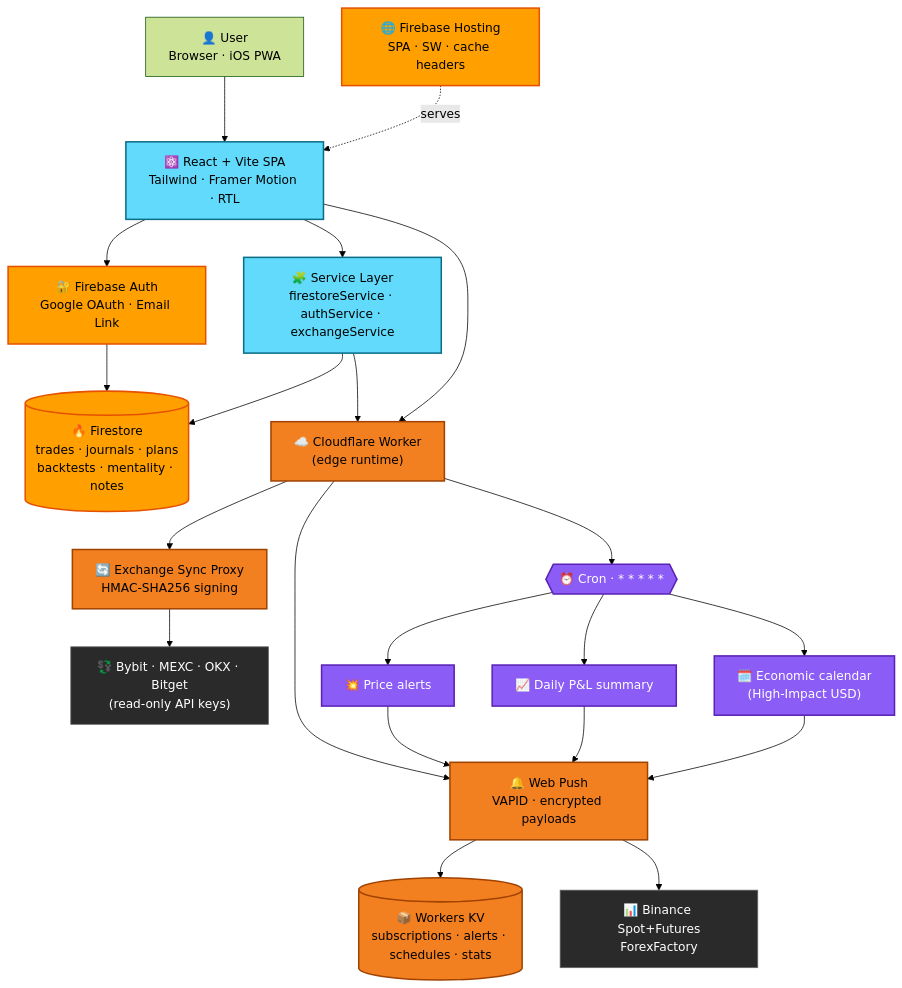
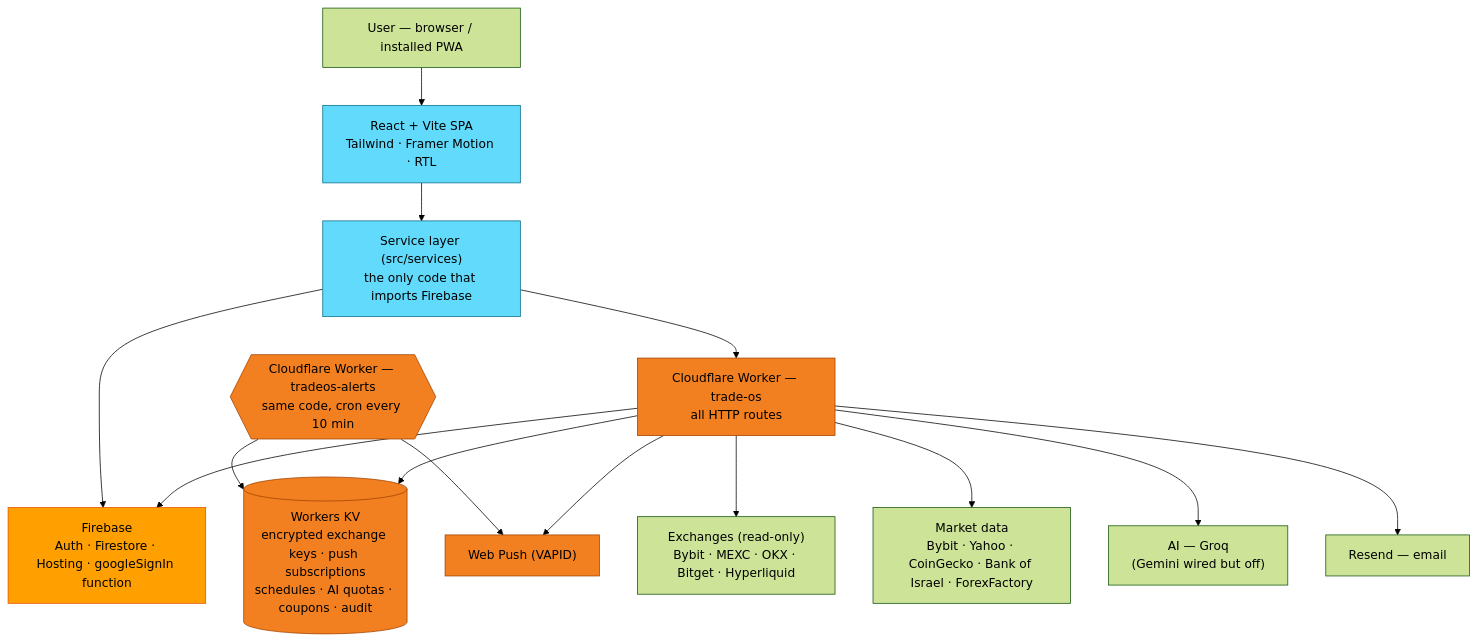
One commit to aviniazov7/TradeOS changed the diagram in README.md. Above: the diagram before and after it, drawn with Mermaid (forest theme). The commit also changed other lines of this file and 2 other files, not shown here.

````diff
--- a/README.md
+++ b/README.md
@@ -153,43 +93,26 @@
 ```mermaid
 flowchart TD
-    user["👤 User<br/>Browser · iOS PWA"] --> app
+    user["User — browser / installed PWA"] --> spa["React + Vite SPA<br/>Tailwind · Framer Motion · RTL"]
 
-    %% Web app
-    app["⚛️ React + Vite SPA<br/>Tailwind · Framer Motion · RTL"] --> auth & svc & worker
+    spa --> svc["Service layer (src/services)<br/>the only code that imports Firebase"]
+    svc --> fb["Firebase<br/>Auth · Firestore · Hosting · googleSignIn function"]
+    svc --> w["Cloudflare Worker — trade-os<br/>all HTTP routes"]
 
-    %% Firebase
-    auth["🔐 Firebase Auth<br/>Google OAuth · Email Link"] --> store
-    svc["🧩 Service Layer<br/>firestoreService · authService · exchangeService"] --> store & worker
-    store[("🔥 Firestore<br/>trades · journals · plans<br/>backtests · mentality · notes")]
-    hosting["🌐 Firebase Hosting<br/>SPA · SW · cache headers"] -.serves.-> app
+    cron{{"Cloudflare Worker — tradeos-alerts<br/>same code, cron every 10 min"}} --> kv
+    w --> kv[("Workers KV<br/>encrypted exchange keys · push subscriptions<br/>schedules · AI quotas · coupons · audit")]
+    w --> fb
+    cron --> push
+    w --> push["Web Push (VAPID)"]
 
-    %% Worker
-    worker["☁️ Cloudflare Worker<br/>(edge runtime)"] --> sync & push & cron
+    w --> ex["Exchanges (read-only)<br/>Bybit · MEXC · OKX · Bitget · Hyperliquid"]
+    w --> data["Market data<br/>Bybit · Yahoo · CoinGecko · Bank of Israel · ForexFactory"]
+    w --> ai["AI — Groq<br/>(Gemini wired but off)"]
+    w --> mail["Resend — email"]
 
-    %% Exchange pipeline
-    sync["🔄 Exchange Sync Proxy<br/>HMAC-SHA256 signing"] --> exchanges
-    exchanges["💱 Bybit · MEXC · OKX · Bitget<br/>(read-only API keys)"]
-
-    %% Web Push pipeline
-    push["🔔 Web Push<br/>VAPID · encrypted payloads"] --> kv & market
-    kv[("📦 Workers KV<br/>subscriptions · alerts · schedules · stats")]
-    market["📊 Binance Spot+Futures<br/>ForexFactory"]
-
-    %% Scheduled
-    cron{{"⏰ Cron · * * * * *"}} --> alerts & summary & calendar
-    alerts["💥 Price alerts"] --> push
-    summary["📈 Daily P&L summary"] --> push
-    calendar["🗓️ Economic calendar<br/>(High-Impact USD)"] --> push
-
-    classDef firebase fill:#FFA000,stroke:#E65100,color:#000,stroke-width:2px
-    classDef cloudflare fill:#F38020,stroke:#A04200,color:#000,stroke-width:2px
-    classDef react fill:#61DAFB,stroke:#0A6E89,color:#000,stroke-width:2px
-    classDef external fill:#2A2A2A,stroke:#666,color:#FFF
-    classDef cron fill:#8B5CF6,stroke:#5B21B6,color:#FFF,stroke-width:2px
-
-    class auth,store,hosting firebase
-    class worker,sync,push,kv cloudflare
-    class app,svc react
-    class exchanges,market external
-    class cron,alerts,summary,calendar cron
+    classDef firebase fill:#FFA000,stroke:#E65100,color:#000
+    classDef cloudflare fill:#F38020,stroke:#A04200,color:#000
+    classDef react fill:#61DAFB,stroke:#0A6E89,color:#000
+    class fb firebase
+    class w,cron,kv,push cloudflare
+    class spa,svc react
 ```
````
